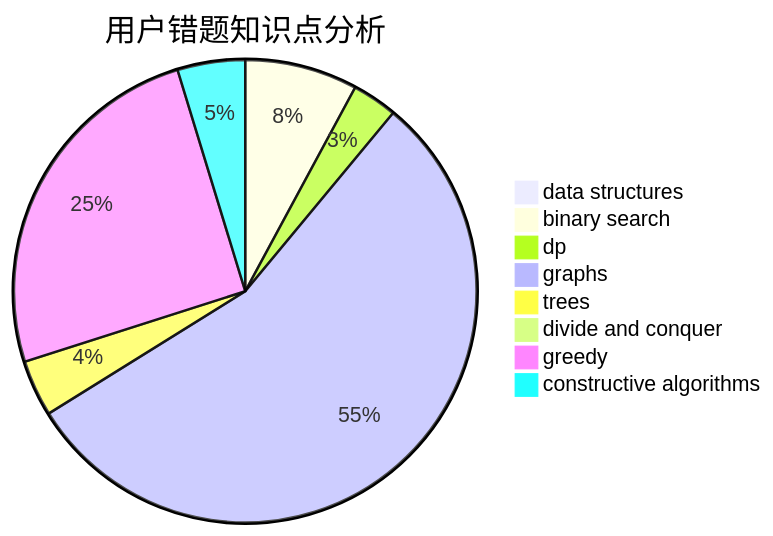
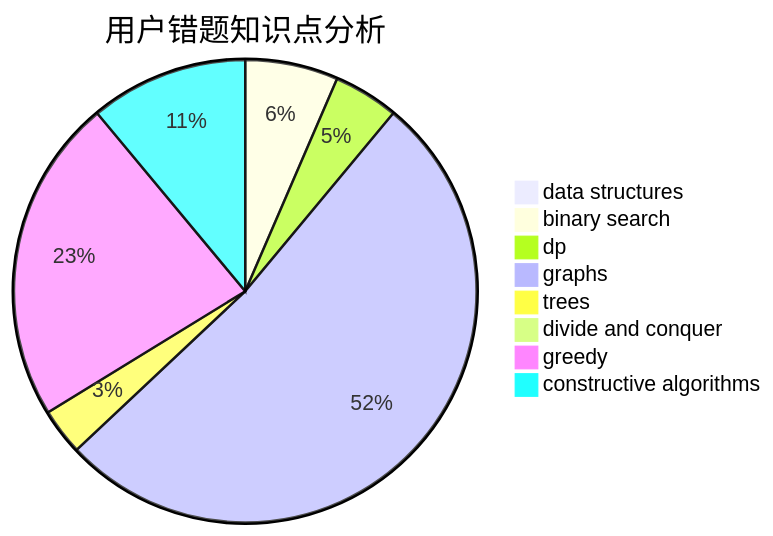
Before and after one commit to sherpahu/cfrs.github.io: the third of 3 diagrams in docs/user/u2647.md, drawn with Mermaid. The commit also changed other lines of this file and 2770 other files, not shown here.

````diff
--- a/docs/user/u2647.md
+++ b/docs/user/u2647.md
@@ -36,11 +36,11 @@
 ```mermaid
 pie title 用户错题知识点分析
-    "data structures" :  0
+    "data structures" :  1
     "binary search" :  10
-    "dp" :  4
-    "graphs" :  70
+    "dp" :  7
+    "graphs" :  80
     "trees" :  5
     "divide and conquer" :  0
-    "greedy" :  32
-    "constructive algorithms" :  6
+    "greedy" :  35
+    "constructive algorithms" :  17
 ```
````
